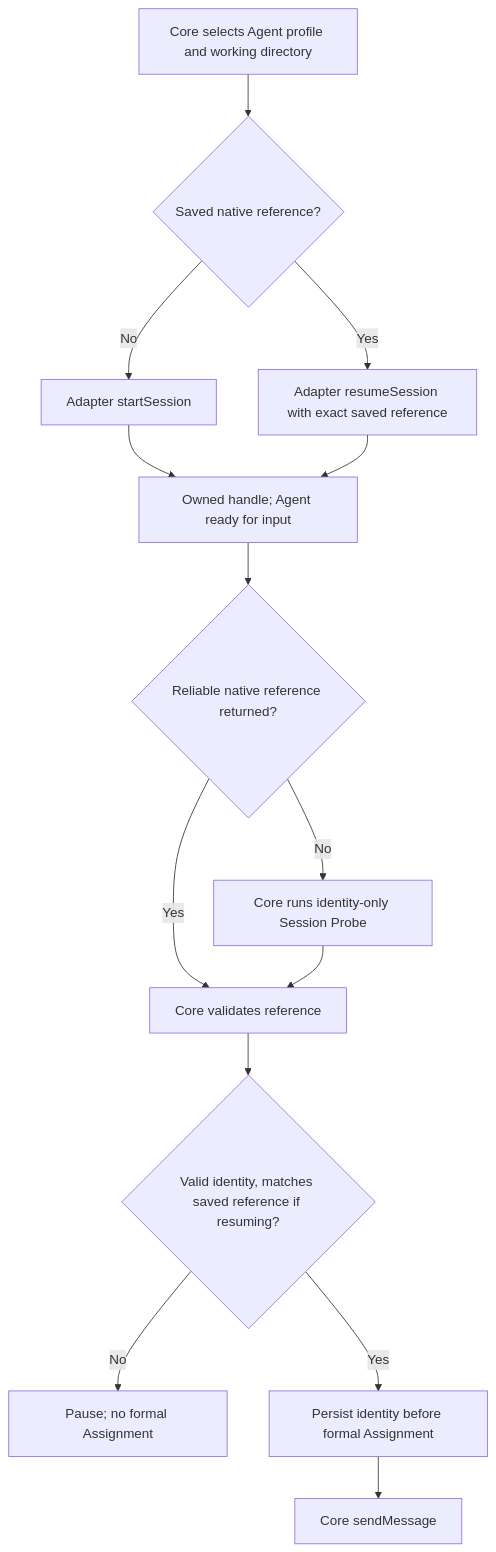
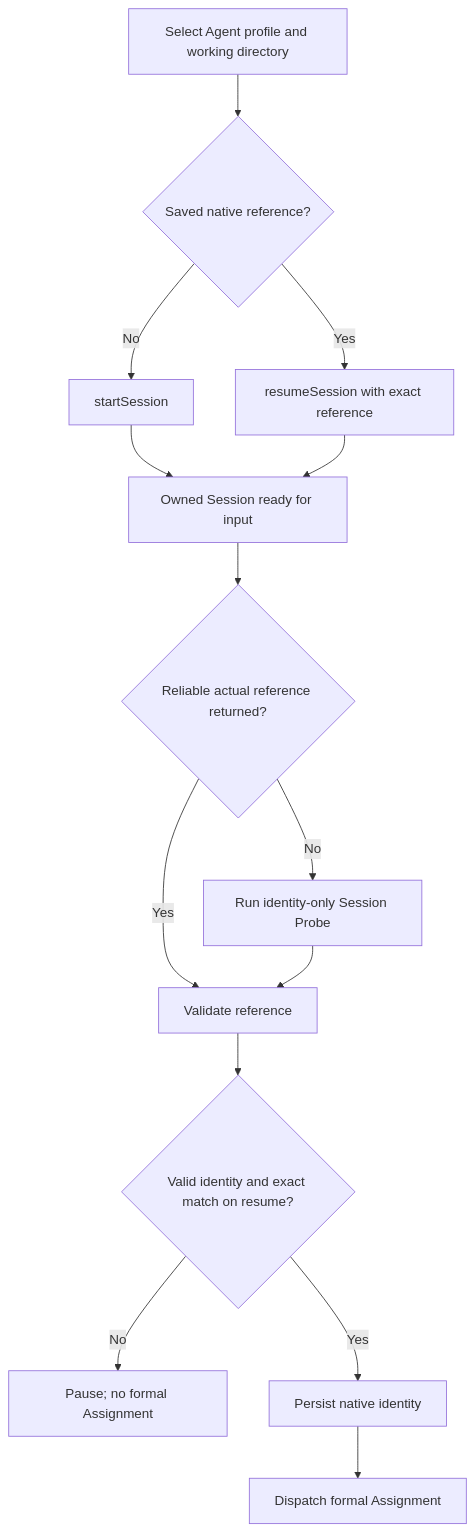
The third of 6 diagrams in docs/terminal-contract.md (BuddyLabsCo/issue-runner-core), drawn with Mermaid before and after one commit. The commit also changed other lines of this file, not shown here.

Commit message:
docs: make integration contract ready for human review

````diff
--- a/docs/terminal-contract.md
+++ b/docs/terminal-contract.md
@@ -248,16 +634,16 @@
 ```mermaid
 flowchart TD
-    Begin["Core selects Agent profile and working directory"] --> Mode{"Saved native reference?"}
-    Mode -->|No| Start["Adapter startSession"]
-    Mode -->|Yes| Resume["Adapter resumeSession with exact saved reference"]
-    Start --> Ready["Owned handle; Agent ready for input"]
+    Begin["Select Agent profile and working directory"] --> Mode{"Saved native reference?"}
+    Mode -->|No| Start["startSession"]
+    Mode -->|Yes| Resume["resumeSession with exact reference"]
+    Start --> Ready["Owned Session ready for input"]
     Resume --> Ready
-    Ready --> Ref{"Reliable native reference returned?"}
-    Ref -->|Yes| Validate["Core validates reference"]
-    Ref -->|No| Probe["Core runs identity-only Session Probe"]
+    Ready --> Ref{"Reliable actual reference returned?"}
+    Ref -->|Yes| Validate["Validate reference"]
+    Ref -->|No| Probe["Run identity-only Session Probe"]
     Probe --> Validate
-    Validate --> Match{"Valid identity, matches saved reference if resuming?"}
+    Validate --> Match{"Valid identity and exact match on resume?"}
     Match -->|No| Pause["Pause; no formal Assignment"]
-    Match -->|Yes| Persist["Persist identity before formal Assignment"]
-    Persist --> Dispatch["Core sendMessage"]
+    Match -->|Yes| Persist["Persist native identity"]
+    Persist --> Dispatch["Dispatch formal Assignment"]
 ```
````
